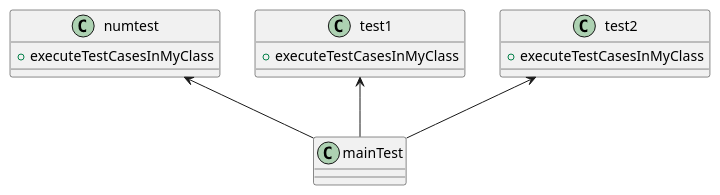
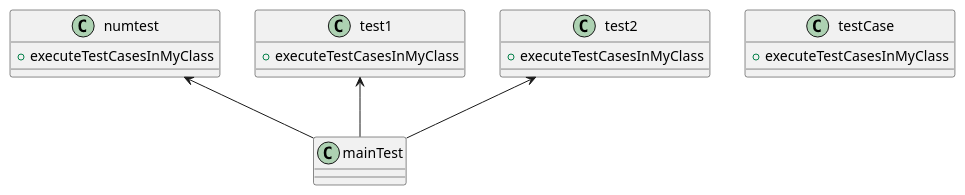
The diagram in DoingList.md (terapotan/NLUnit), drawn with PlantUML before and after one commit. The commit also changed other lines of this file and 3 other files, not shown here.

````diff
--- a/DoingList.md
+++ b/DoingList.md
@@ -18,18 +19,22 @@
 ```plantuml
 class mainTest{
 
 }
 class numtest{
     + executeTestCasesInMyClass
 }
 class test1{
     + executeTestCasesInMyClass
 }
 class test2{
     + executeTestCasesInMyClass
 }
 
+class testCase{
+    + executeTestCasesInMyClass
+}
+
 numtest <-- mainTest
 test1 <-- mainTest
 test2 <-- mainTest
 ```
````
